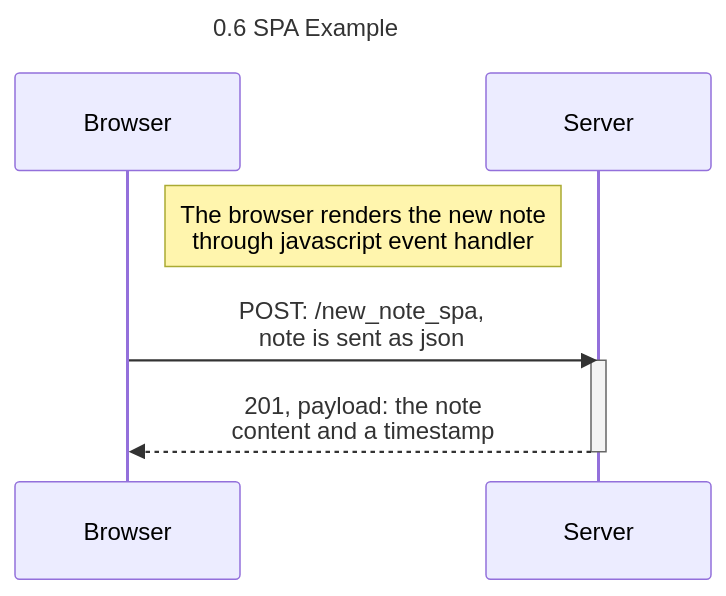
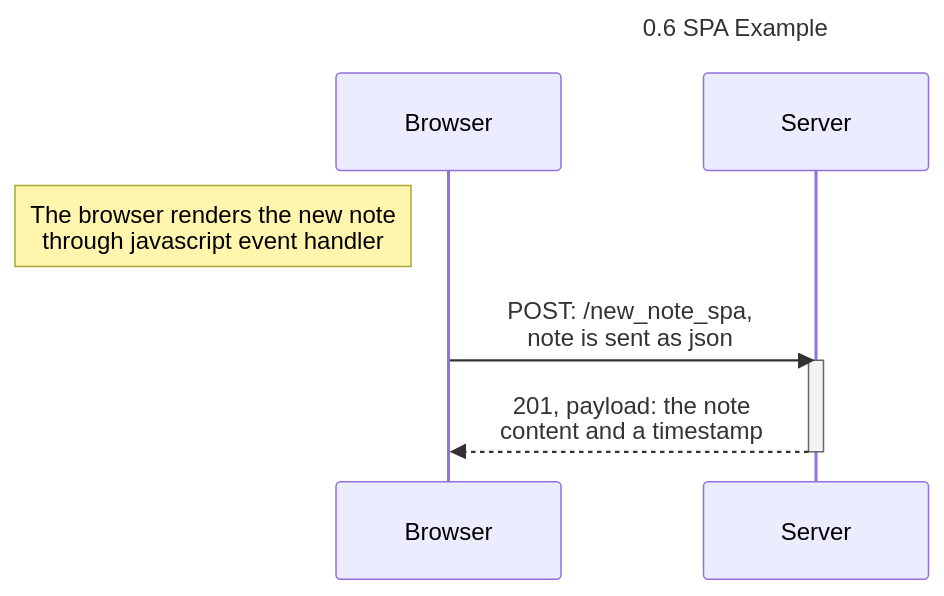
The diagram in part0/0.6.md (INBobarini/HelsinkiFSCourse), drawn with Mermaid before and after one commit. The commit also changed 3 other files, not shown here.

````diff
--- a/part0/0.6.md
+++ b/part0/0.6.md
@@ -2,16 +2,16 @@
 ```mermaid
 ---
 title: 0.6 SPA Example
 ---
 sequenceDiagram
     participant Browser
     participant Server
 
-    Note right of Browser: The browser renders the new note <br/> through javascript event handler
+    Note left of Browser: The browser renders the new note <br/> through javascript event handler
     Browser->>Server: POST: /new_note_spa, <br/> note is sent as json
     
     activate Server
     Server-->>Browser: 201, payload: the note <br/> content and a timestamp
     deactivate Server
     
 ```
````
